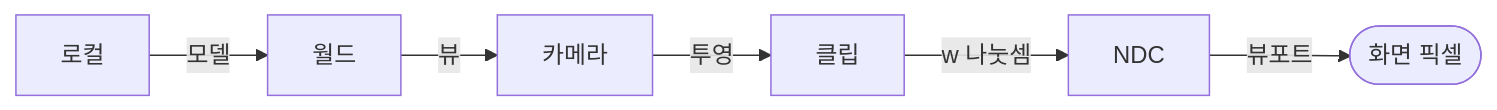
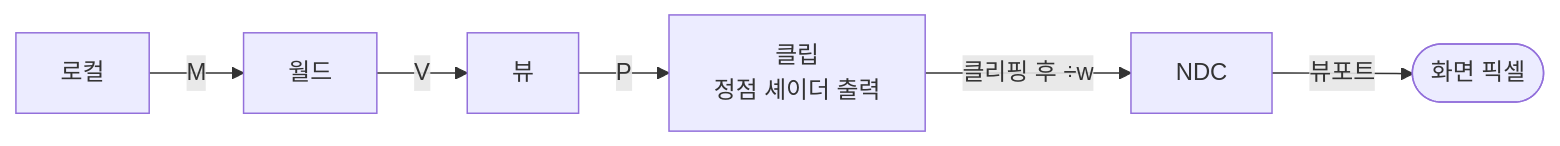
The diagram in summary-notes/그래픽스.md (Byeongchan99/CS-Card), drawn with Mermaid before and after one commit. The commit also changed other lines of this file, not shown here.

````diff
--- a/summary-notes/그래픽스.md
+++ b/summary-notes/그래픽스.md
@@ -25,8 +19,8 @@
 ```mermaid
 flowchart LR
-    A["로컬"] -->|모델| B["월드"]
-    B -->|뷰| C["카메라"]
-    C -->|투영| D["클립"]
-    D -->|"w 나눗셈"| E["NDC"]
-    E -->|뷰포트| F(["화면 픽셀"])
+    L["로컬"] -->|"M"| W["월드"]
+    W -->|"V"| V["뷰"]
+    V -->|"P"| C["클립<br/>정점 셰이더 출력"]:::accent
+    C -->|"클리핑 후 ÷w"| N["NDC"]
+    N -->|"뷰포트"| S(["화면 픽셀"])
 ```
````
